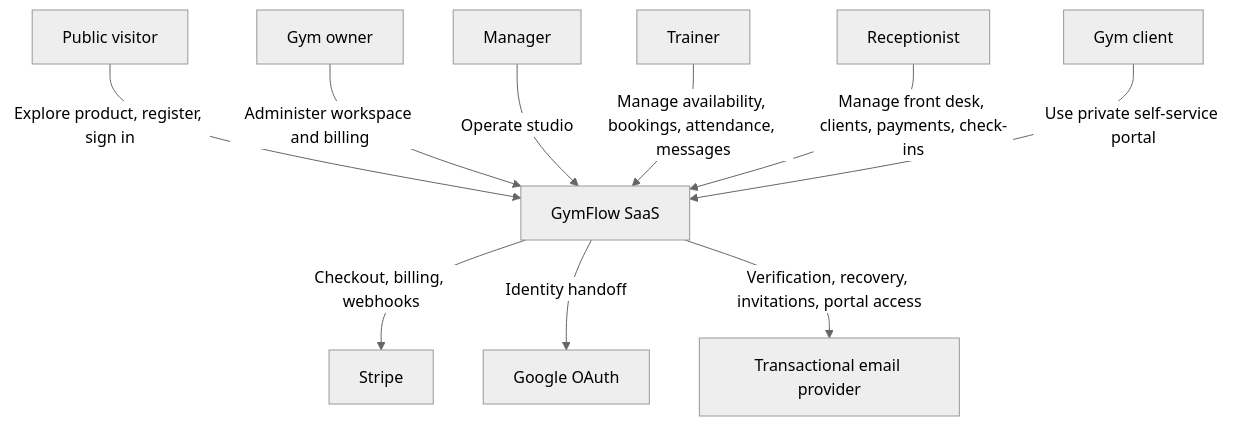
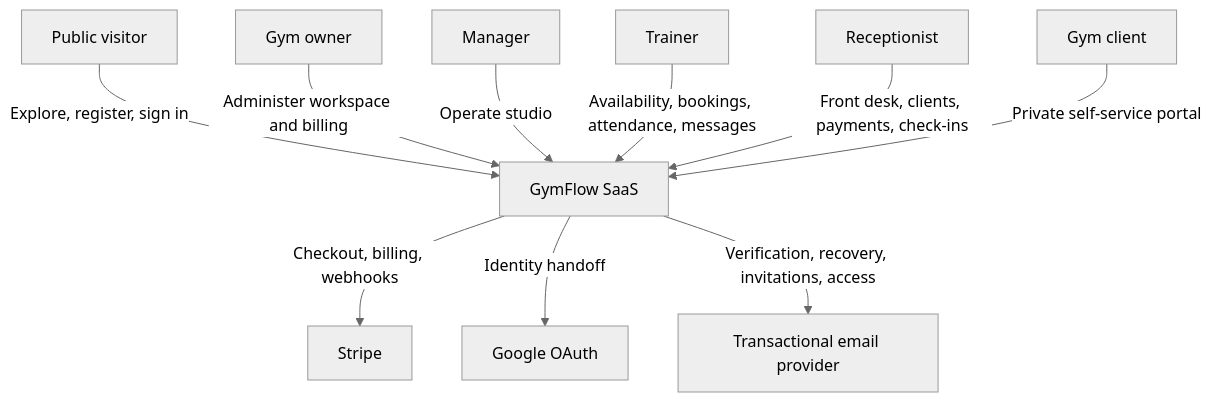
The first of 6 diagrams in ARCHITECTURE.md (anes-dev-ml/GymFlow-Showcase), drawn with Mermaid (neutral theme) before and after one commit. The commit also changed other lines of this file, not shown here.

Commit message:
docs: polish architecture case study for public review

````diff
--- a/ARCHITECTURE.md
+++ b/ARCHITECTURE.md
@@ -23,25 +27,25 @@
 ```mermaid
 flowchart TB
     Visitor[Public visitor]
     Owner[Gym owner]
     Manager[Manager]
     Trainer[Trainer]
     Reception[Receptionist]
     Client[Gym client]
 
     GymFlow[GymFlow SaaS]
     Stripe[Stripe]
     Google[Google OAuth]
     Email[Transactional email provider]
 
-    Visitor -->|Explore product, register, sign in| GymFlow
+    Visitor -->|Explore, register, sign in| GymFlow
     Owner -->|Administer workspace and billing| GymFlow
     Manager -->|Operate studio| GymFlow
-    Trainer -->|Manage availability, bookings, attendance, messages| GymFlow
-    Reception -->|Manage front desk, clients, payments, check-ins| GymFlow
-    Client -->|Use private self-service portal| GymFlow
+    Trainer -->|Availability, bookings, attendance, messages| GymFlow
+    Reception -->|Front desk, clients, payments, check-ins| GymFlow
+    Client -->|Private self-service portal| GymFlow
 
     GymFlow -->|Checkout, billing, webhooks| Stripe
     GymFlow -->|Identity handoff| Google
-    GymFlow -->|Verification, recovery, invitations, portal access| Email
+    GymFlow -->|Verification, recovery, invitations, access| Email
 ```
````
